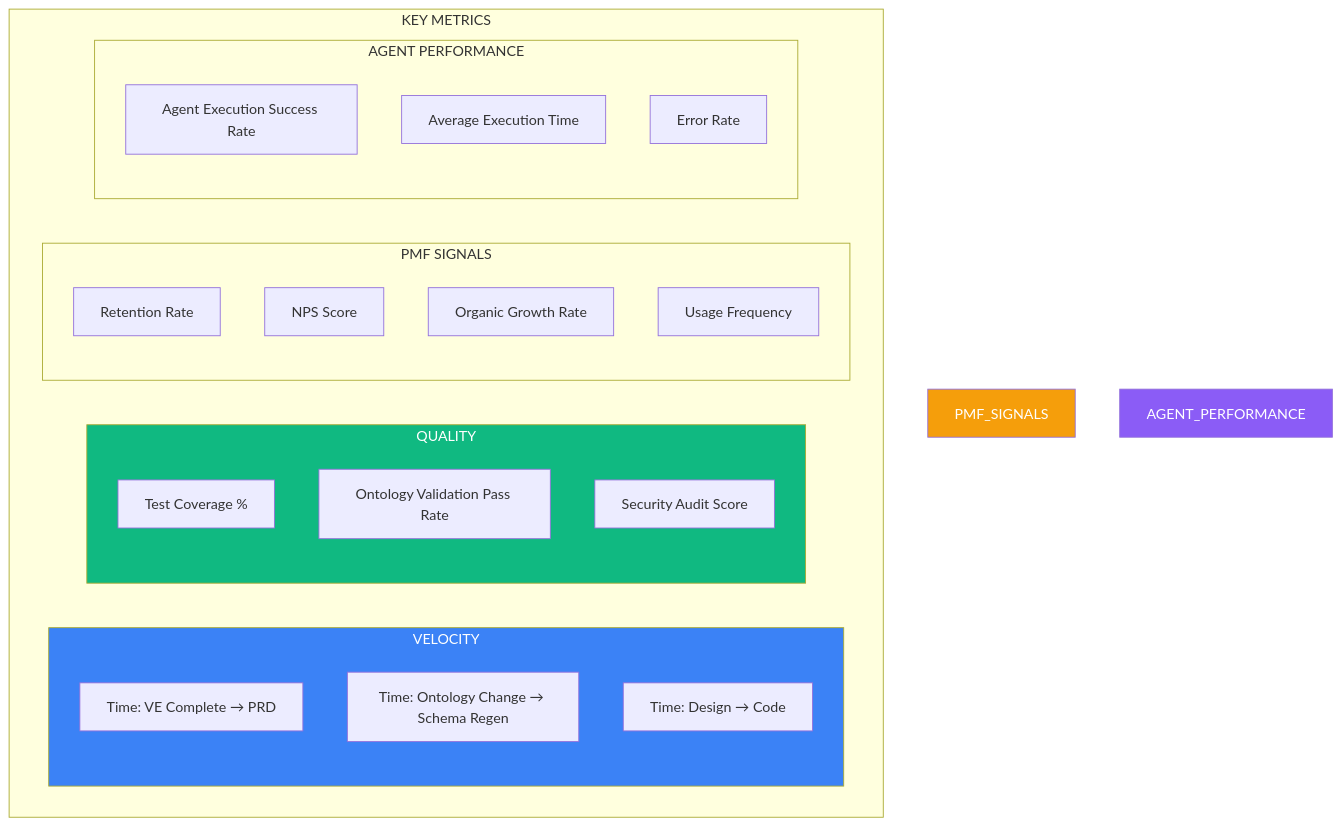
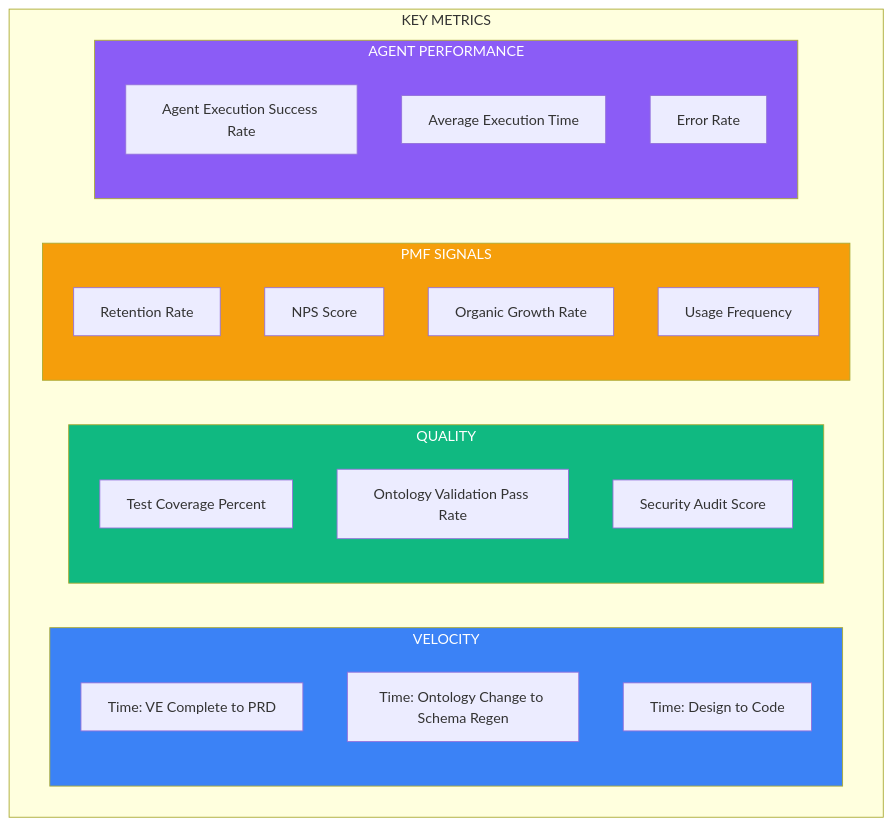
One commit to ajrmooreuk/PF-Prototype-Shared changed diagram 17 of 17 in 1 Architecture/0.1 Solution architects/HLD-High-level/HLD_AGENTIC_SOLUTION_TEMPLATE.md. Above: the diagram before and after it, drawn with Mermaid. The commit also changed other lines of this file, not shown here.

First line of the commit message:
docs: Complete mermaid diagram fixes - HLD v1.2.0

````diff
--- a/1 Architecture/0.1 Solution architects/HLD-High-level/HLD_AGENTIC_SOLUTION_TEMPLATE.md
+++ b/1 Architecture/0.1 Solution architects/HLD-High-level/HLD_AGENTIC_SOLUTION_TEMPLATE.md
@@ -933,34 +934,34 @@
 ```mermaid
 graph TB
-    subgraph "KEY METRICS"
-        subgraph "VELOCITY"
-            V1[Time: VE Complete → PRD]
-            V2[Time: Ontology Change → Schema Regen]
-            V3[Time: Design → Code]
+    subgraph METRICS["KEY METRICS"]
+        subgraph VELOCITY["VELOCITY"]
+            V1["Time: VE Complete to PRD"]
+            V2["Time: Ontology Change to Schema Regen"]
+            V3["Time: Design to Code"]
         end
         
-        subgraph "QUALITY"
-            Q1[Test Coverage %]
-            Q2[Ontology Validation Pass Rate]
-            Q3[Security Audit Score]
+        subgraph QUALITY["QUALITY"]
+            Q1["Test Coverage Percent"]
+            Q2["Ontology Validation Pass Rate"]
+            Q3["Security Audit Score"]
         end
         
-        subgraph "PMF SIGNALS"
-            P1[Retention Rate]
-            P2[NPS Score]
-            P3[Organic Growth Rate]
-            P4[Usage Frequency]
+        subgraph PMF_SIG["PMF SIGNALS"]
+            P1["Retention Rate"]
+            P2["NPS Score"]
+            P3["Organic Growth Rate"]
+            P4["Usage Frequency"]
         end
         
-        subgraph "AGENT PERFORMANCE"
-            A1[Agent Execution Success Rate]
-            A2[Average Execution Time]
-            A3[Error Rate]
+        subgraph AGENT_PERF["AGENT PERFORMANCE"]
+            A1["Agent Execution Success Rate"]
+            A2["Average Execution Time"]
+            A3["Error Rate"]
         end
     end
     
     style VELOCITY fill:#3B82F6,color:#fff
     style QUALITY fill:#10B981,color:#fff
-    style PMF_SIGNALS fill:#F59E0B,color:#fff
-    style AGENT_PERFORMANCE fill:#8B5CF6,color:#fff
+    style PMF_SIG fill:#F59E0B,color:#fff
+    style AGENT_PERF fill:#8B5CF6,color:#fff
 ```
````
